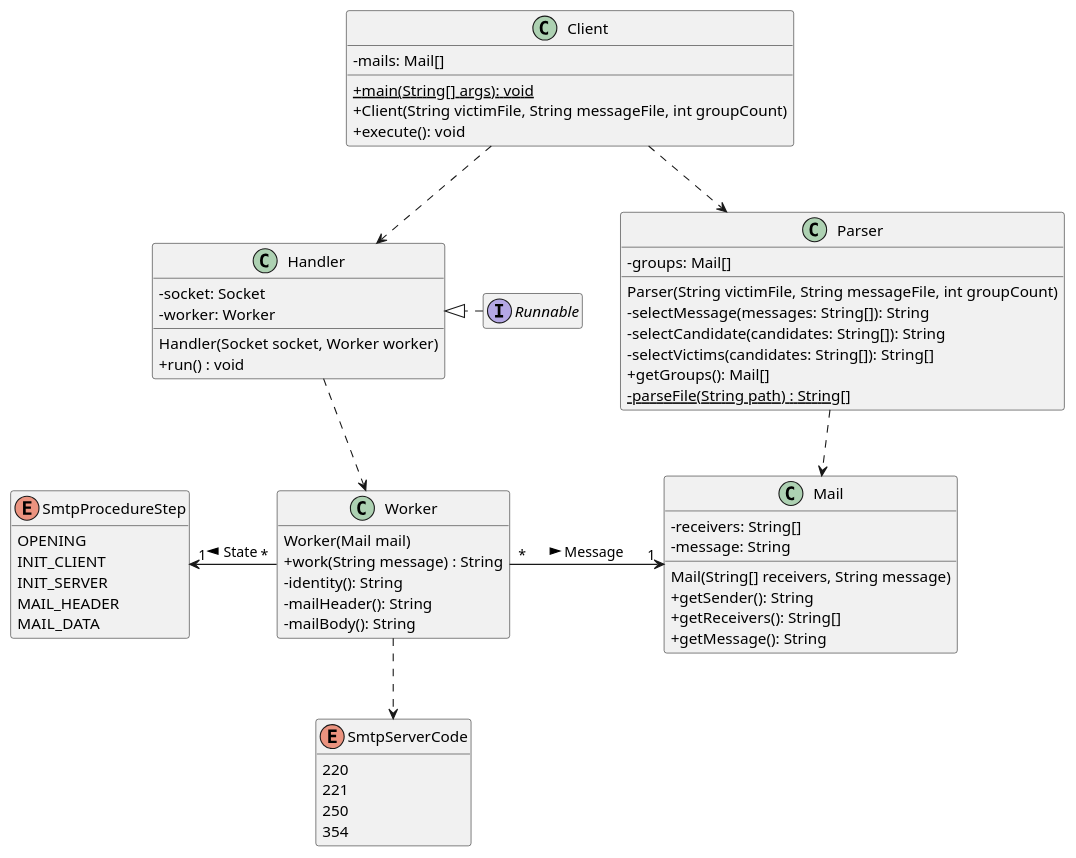
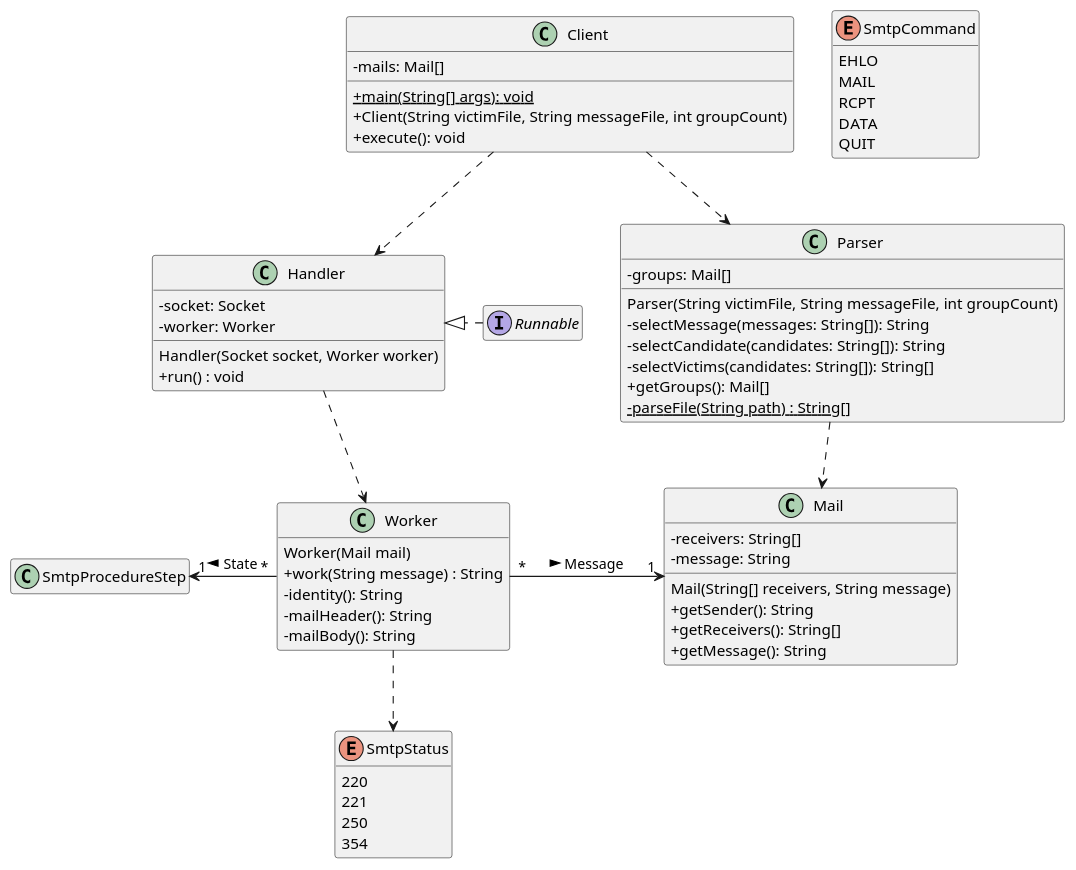
One commit to a-mango/dai-lab-smtp changed the diagram in doc/class_diagram.puml. Above: the diagram before and after it, drawn with PlantUML. The commit also changed 2 other files, not shown here.

Commit message:
rfr: rename enum classes and values

```diff
--- a/doc/class_diagram.puml
+++ b/doc/class_diagram.puml
@@ -1,74 +1,74 @@
 @startuml
 'https://plantuml.com/class-diagram
 skinparam classAttributeIconSize 0
 skinparam groupInheritance 3
 hide empty methods
 hide empty members
 
 class Client {
     {static} + main(String[] args): void
     - mails: Mail[]
     + Client(String victimFile, String messageFile, int groupCount)
     + execute(): void
 }
 
 class Handler {
     - socket: Socket
     - worker: Worker
     Handler(Socket socket, Worker worker)
     + run() : void
 }
 
 class Worker {
     Worker(Mail mail)
     + work(String message) : String
     - identity(): String
     - mailHeader(): String
     - mailBody(): String
 }
 
-enum SmtpProcedureStep {
-    OPENING
-    INIT_CLIENT
-    INIT_SERVER
-    MAIL_HEADER
-    MAIL_DATA
+enum SmtpCommand {
+    EHLO
+    MAIL
+    RCPT
+    DATA
+    QUIT
 }
 
-enum SmtpServerCode {
+enum SmtpStatus {
     220
     221
     250
     354
 }
 
 class Parser {
     - groups: Mail[]
     Parser(String victimFile, String messageFile, int groupCount)
     - selectMessage(messages: String[]): String
     - selectCandidate(candidates: String[]): String
     - selectVictims(candidates: String[]): String[]
     + getGroups(): Mail[]
     {static} - parseFile(String path) : String[]
 }
 
 class Mail {
     - receivers: String[]
     - message: String
     Mail(String[] receivers, String message)
     + getSender(): String
     + getReceivers(): String[]
     + getMessage(): String
 }
 
 interface Runnable
 
 Client ..> Handler
 Client ..> Parser
 Handler .down.> Worker
 Runnable .right.|> Handler
 Parser ..> Mail
 Worker "*" -right-> "1" Mail : "Message >"
 Worker "*" -left-> "1" SmtpProcedureStep : "State >"
-Worker .down.> SmtpServerCode
+Worker .down.> SmtpStatus
 @enduml
```
